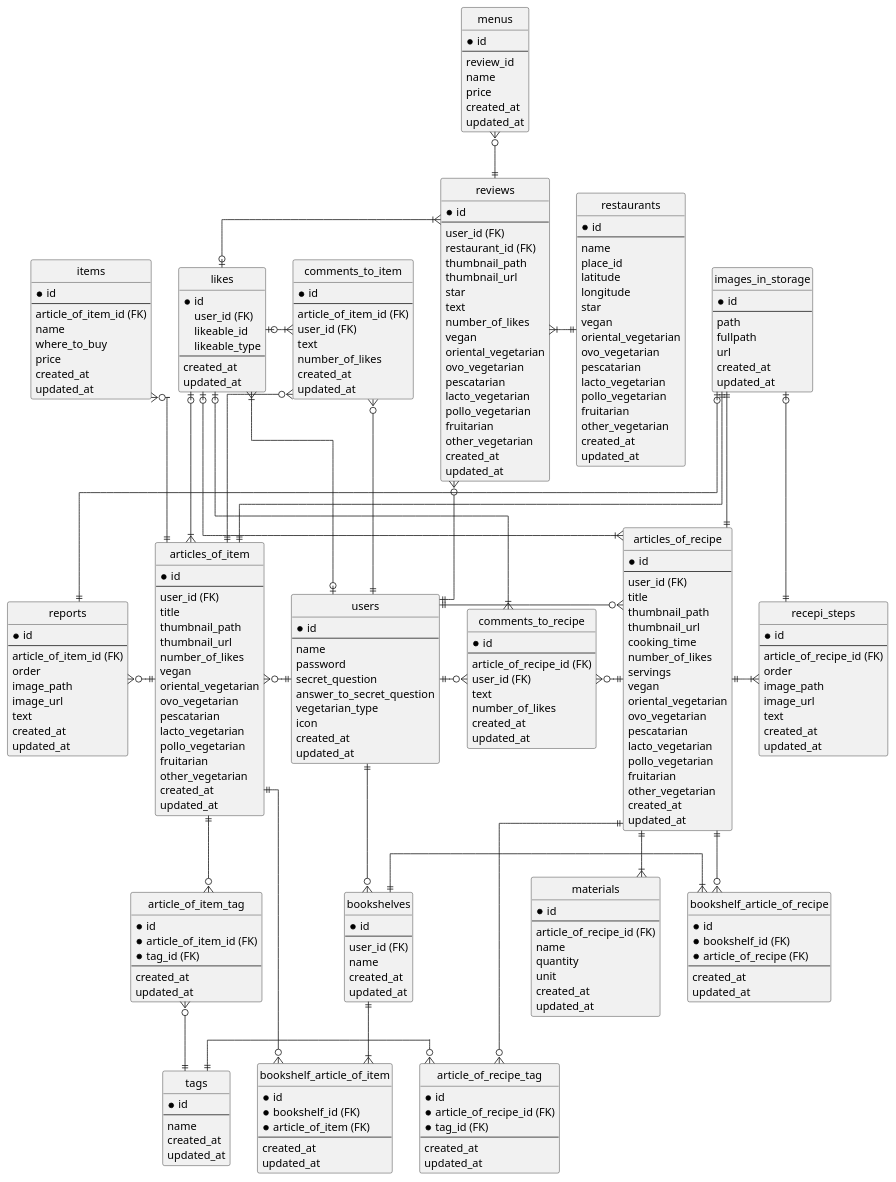
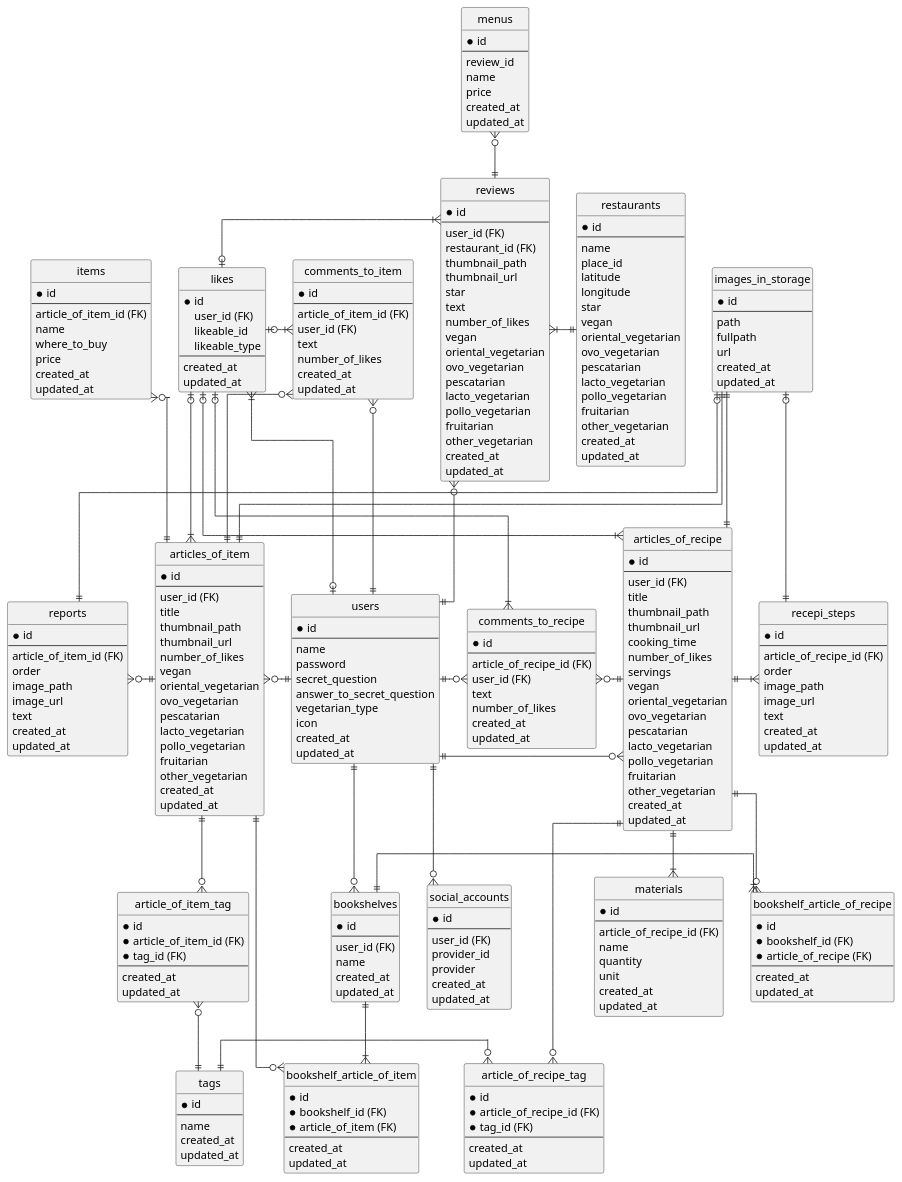
One commit to SayuriOkuyama/Original changed the diagram in documents/er.pu. Above: the diagram before and after it, drawn with PlantUML. The commit also changed 1 other file, not shown here.

```diff
--- a/documents/er.pu
+++ b/documents/er.pu
@@ -19,15 +19,15 @@
   updated_at
 }
 
-' entity "user_common_settings" as user_common_settings {
-'   *id
-'   --
-'   user_id
-'   vegetarian_type
-'   icon
-'   created_at
-'   updated_at
-' }
+entity "social_accounts" as social_accounts {
+  *id
+  --
+  user_id (FK)
+  provider_id
+  provider
+  created_at
+  updated_at
+}
 
 entity "articles_of_recipe" as articles_of_recipe {
   *id
@@ -264,6 +264,7 @@
   updated_at
 }
 
+users ||--o{ social_accounts
 users ||-r-o{ articles_of_recipe
 articles_of_recipe ||-r-|{ recepi_steps
 articles_of_recipe ||--|{ materials
```
